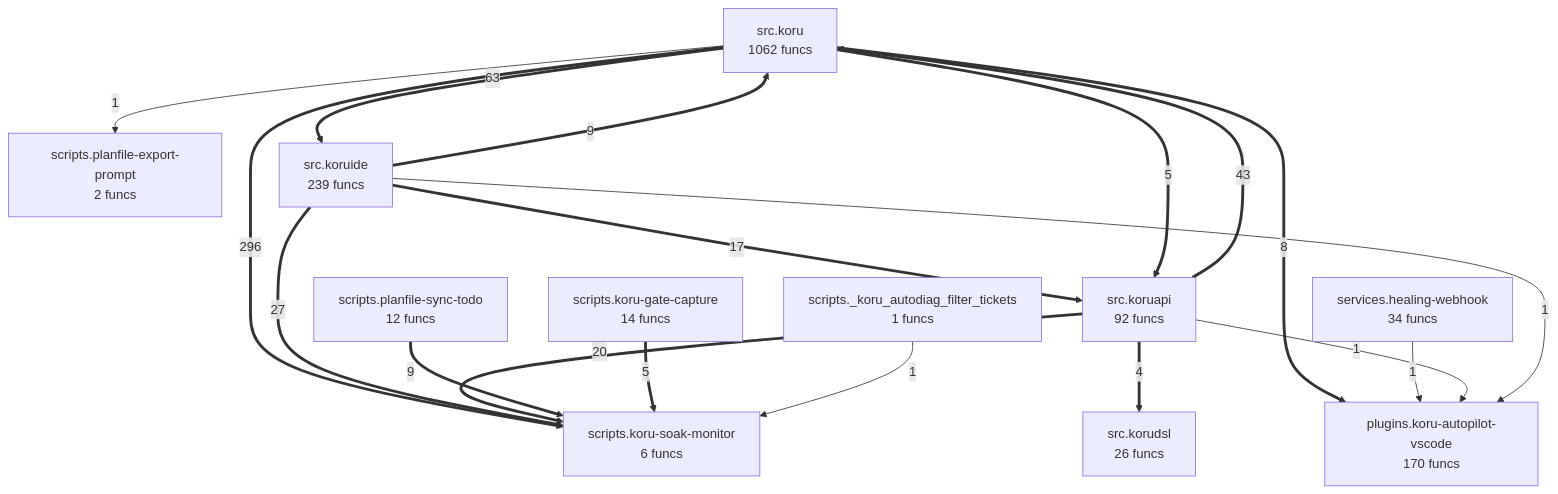
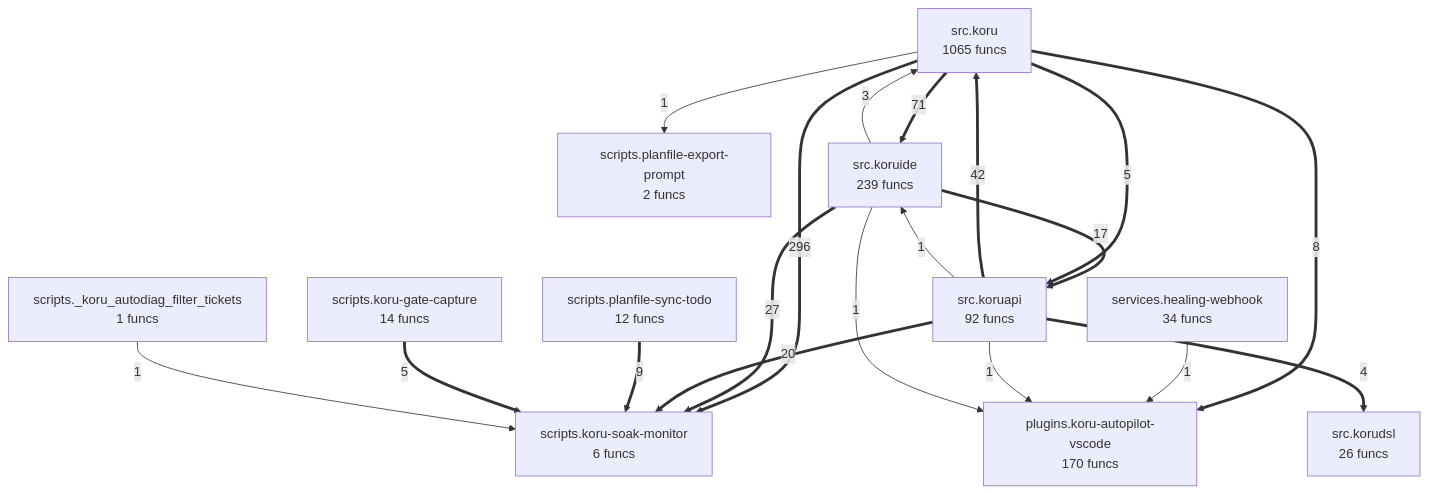
The diagram in project/compact_flow.mmd (semcod/koru), drawn with Mermaid before and after one commit. The commit also changed 34 other files, not shown here.

```diff
--- a/project/compact_flow.mmd
+++ b/project/compact_flow.mmd
@@ -1,30 +1,31 @@
 flowchart TD
-%% generated in 0.05s
+%% generated in 0.04s
     plugins__koru_autopilot_vscode["plugins.koru-autopilot-vscode<br/>170 funcs"]
     scripts___koru_autodiag_filter_tickets["scripts._koru_autodiag_filter_tickets<br/>1 funcs"]
     scripts__koru_gate_capture["scripts.koru-gate-capture<br/>14 funcs"]
     scripts__koru_soak_monitor["scripts.koru-soak-monitor<br/>6 funcs"]
     scripts__planfile_export_prompt["scripts.planfile-export-prompt<br/>2 funcs"]
     scripts__planfile_sync_todo["scripts.planfile-sync-todo<br/>12 funcs"]
     services__healing_webhook["services.healing-webhook<br/>34 funcs"]
-    src__koru["src.koru<br/>1062 funcs"]
+    src__koru["src.koru<br/>1065 funcs"]
     src__koruapi["src.koruapi<br/>92 funcs"]
     src__korudsl["src.korudsl<br/>26 funcs"]
     src__koruide["src.koruide<br/>239 funcs"]
     src__koru ==>|296| scripts__koru_soak_monitor
-    src__koru ==>|63| src__koruide
-    src__koruapi ==>|43| src__koru
+    src__koru ==>|71| src__koruide
+    src__koruapi ==>|42| src__koru
     src__koruide ==>|27| scripts__koru_soak_monitor
     src__koruapi ==>|20| scripts__koru_soak_monitor
     src__koruide ==>|17| src__koruapi
-    src__koruide ==>|9| src__koru
     scripts__planfile_sync_todo ==>|9| scripts__koru_soak_monitor
     src__koru ==>|8| plugins__koru_autopilot_vscode
     src__koru ==>|5| src__koruapi
     scripts__koru_gate_capture ==>|5| scripts__koru_soak_monitor
     src__koruapi ==>|4| src__korudsl
+    src__koruide -->|3| src__koru
     services__healing_webhook -->|1| plugins__koru_autopilot_vscode
     src__koruapi -->|1| plugins__koru_autopilot_vscode
+    src__koruapi -->|1| src__koruide
+    src__koruide -->|1| plugins__koru_autopilot_vscode
     src__koru -->|1| scripts__planfile_export_prompt
     scripts___koru_autodiag_filter_tickets -->|1| scripts__koru_soak_monitor
-    src__koruide -->|1| plugins__koru_autopilot_vscode
```
